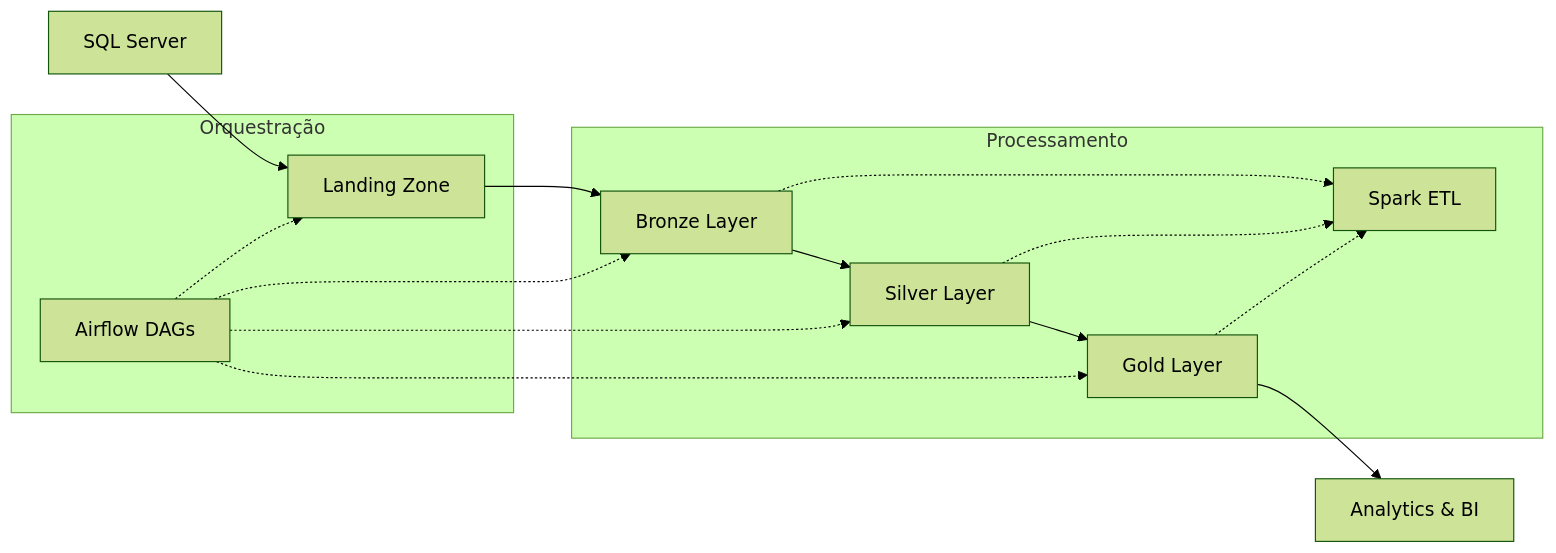
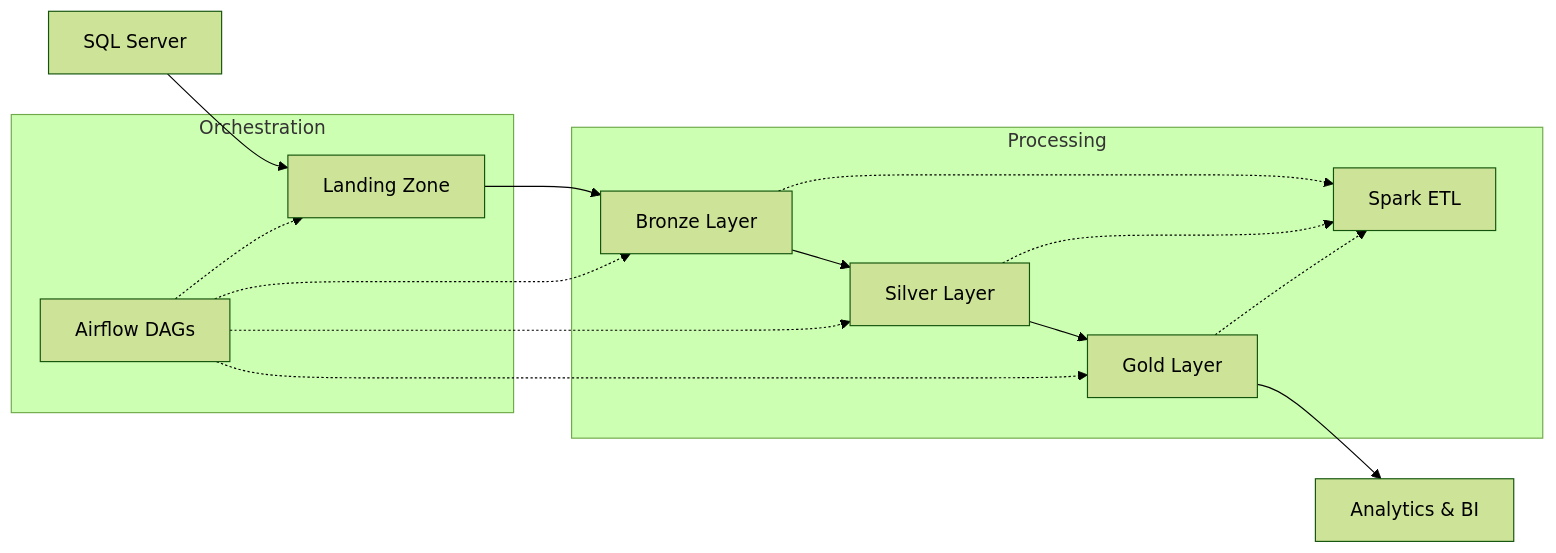
The second of 2 diagrams in docs/index.md (arturoburigo/projeto_etl_spark), drawn with Mermaid (forest theme) before and after one commit. The commit also changed other lines of this file and 14 other files, not shown here.

````diff
--- a/docs/index.md
+++ b/docs/index.md
@@ -204,22 +204,22 @@
 ```mermaid
 graph LR
     A[SQL Server] --> B[Landing Zone]
     B --> C[Bronze Layer]
     C --> D[Silver Layer]
     D --> E[Gold Layer]
     E --> F[Analytics & BI]
     
-    subgraph "Processamento"
+    subgraph "Processing"
         C -.-> G[Spark ETL]
         D -.-> G
         E -.-> G
     end
     
-    subgraph "Orquestração"
+    subgraph "Orchestration"
         H[Airflow DAGs]
         H -.-> B
         H -.-> C
         H -.-> D
         H -.-> E
     end
 ```
````
